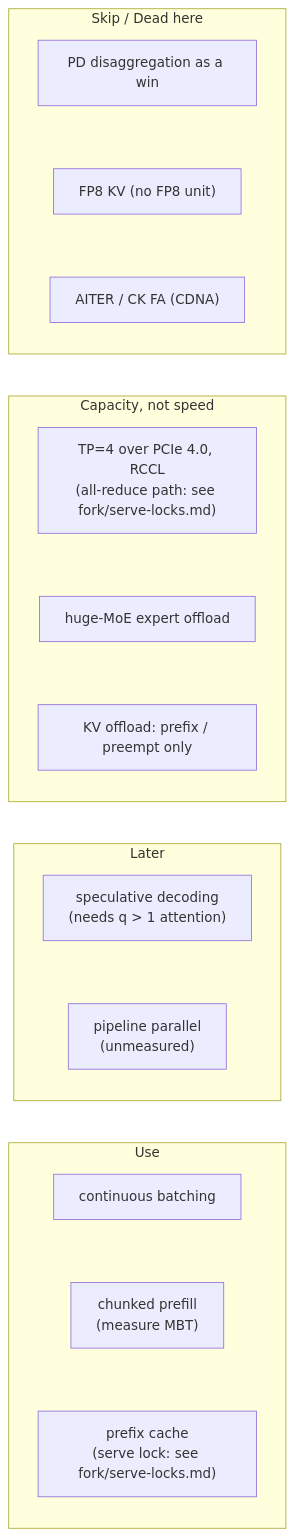
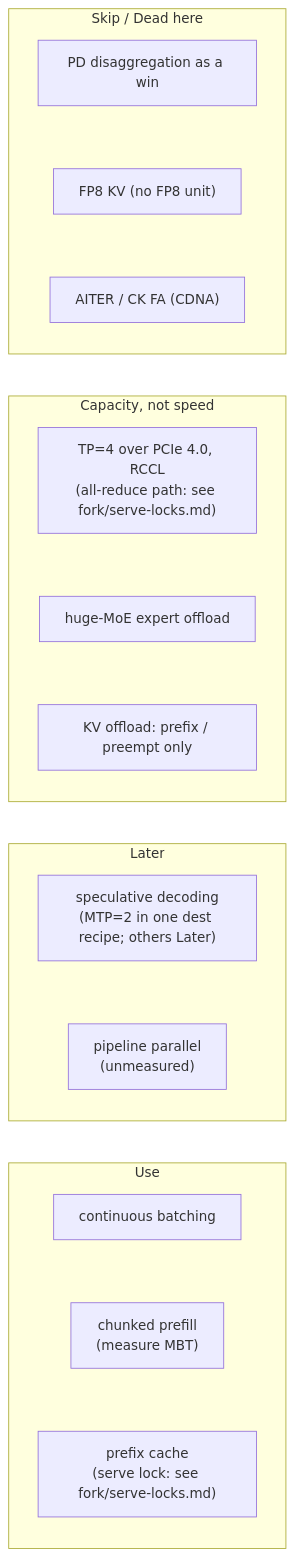
One commit to BlivionIaG/rdna-hip-wiki changed the diagram in engine/overview/full-map.md. Above: the diagram before and after it, drawn with Mermaid. The commit also changed other lines of this file and 8 other files, not shown here.

````diff
--- a/engine/overview/full-map.md
+++ b/engine/overview/full-map.md
@@ -21,19 +21,19 @@
 ```mermaid
 flowchart LR
   subgraph USE["Use"]
     direction TB
     cb["continuous batching"] ~~~ cp["chunked prefill<br/>(measure MBT)"] ~~~ pc["prefix cache<br/>(serve lock: see fork/serve-locks.md)"]
   end
   subgraph LATER["Later"]
     direction TB
-    sd["speculative decoding<br/>(needs q > 1 attention)"] ~~~ pp["pipeline parallel<br/>(unmeasured)"]
+    sd["speculative decoding<br/>(MTP=2 in one dest recipe; others Later)"] ~~~ pp["pipeline parallel<br/>(unmeasured)"]
   end
   subgraph CAP["Capacity, not speed"]
     direction TB
     tp["TP=4 over PCIe 4.0, RCCL<br/>(all-reduce path: see fork/serve-locks.md)"] ~~~ moe["huge-MoE expert offload"] ~~~ kvo["KV offload: prefix / preempt only"]
   end
   subgraph SKIP["Skip / Dead here"]
     direction TB
     pd["PD disaggregation as a win"] ~~~ fp8["FP8 KV (no FP8 unit)"] ~~~ aiter["AITER / CK FA (CDNA)"]
   end
 ```
````
